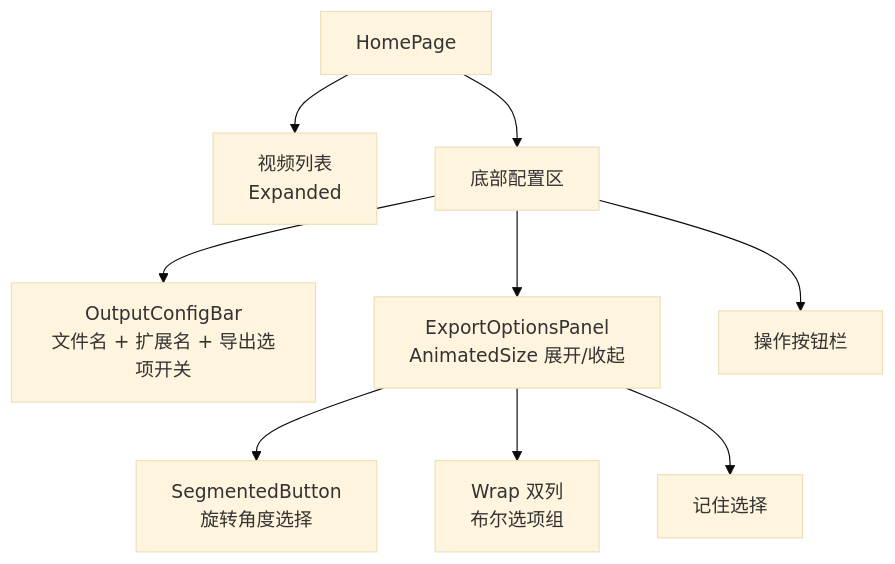
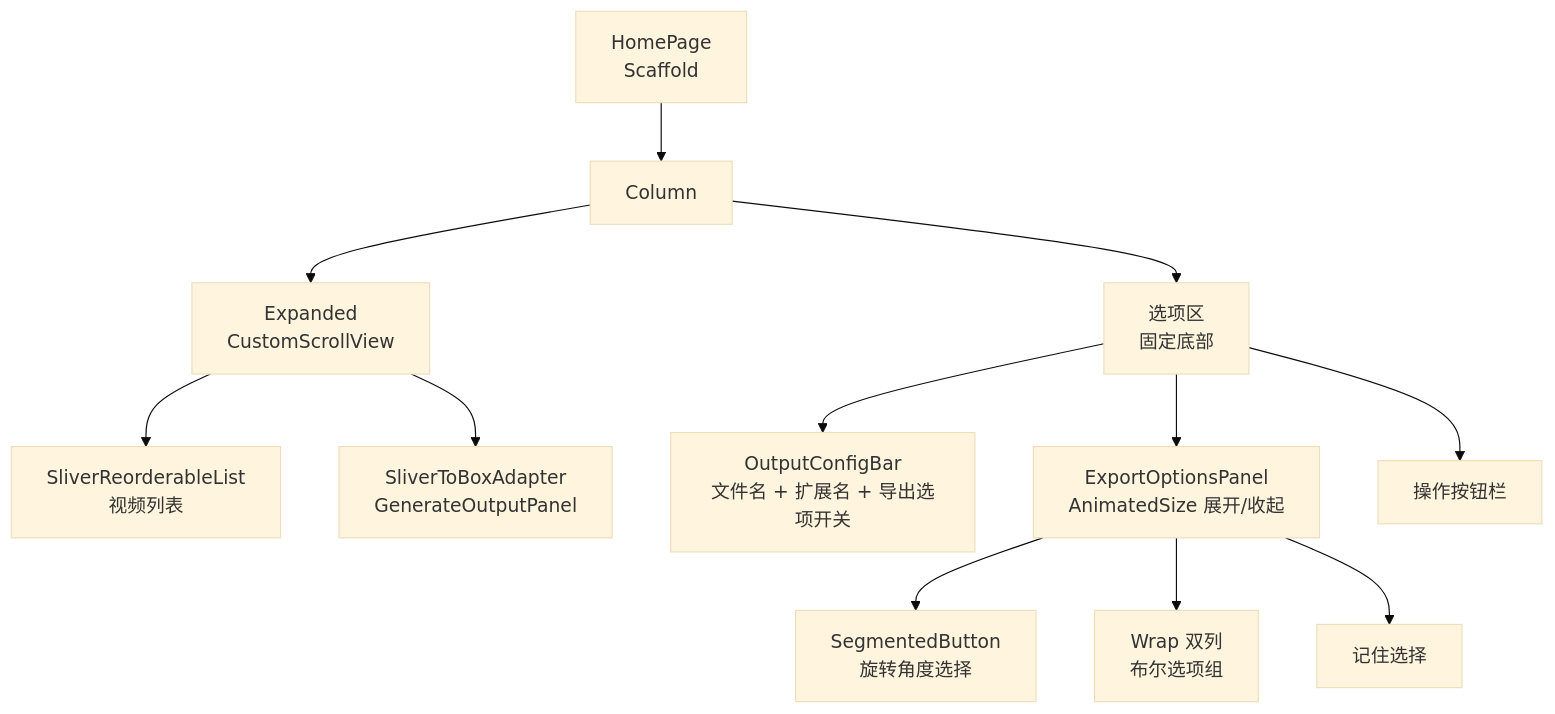
The first of 3 diagrams in md/规划/通用/导出选项设计.md (AoEiuV020/video_concat), drawn with Mermaid (base theme) before and after one commit. The commit also changed other lines of this file and 5 other files, not shown here.

````diff
--- a/md/规划/通用/导出选项设计.md
+++ b/md/规划/通用/导出选项设计.md
@@ -49,12 +51,17 @@
 ```mermaid
 flowchart TD
-    HP[HomePage] --> VL[视频列表<br/>Expanded]
-    HP --> BC[底部配置区]
-    BC --> OCB[OutputConfigBar<br/>文件名 + 扩展名 + 导出选项开关]
-    BC --> EOP[ExportOptionsPanel<br/>AnimatedSize 展开/收起]
-    BC --> AB[操作按钮栏]
+    HP[HomePage<br/>Scaffold] --> COL[Column]
+    COL --> EXP["Expanded<br/>CustomScrollView"]
+    COL --> OPT["选项区<br/>固定底部"]
+
+    EXP --> SRL["SliverReorderableList<br/>视频列表"]
+    EXP --> GOP["SliverToBoxAdapter<br/>GenerateOutputPanel"]
+
+    OPT --> OCB[OutputConfigBar<br/>文件名 + 扩展名 + 导出选项开关]
+    OPT --> EOP[ExportOptionsPanel<br/>AnimatedSize 展开/收起]
+    OPT --> AB[操作按钮栏]
 
     EOP --> ROT[SegmentedButton<br/>旋转角度选择]
     EOP --> OPTS[Wrap 双列<br/>布尔选项组]
     EOP --> REM[记住选择]
 ```
````
